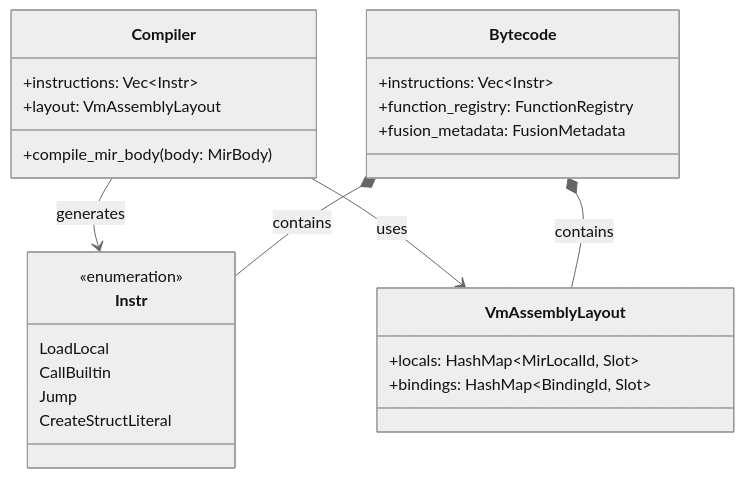
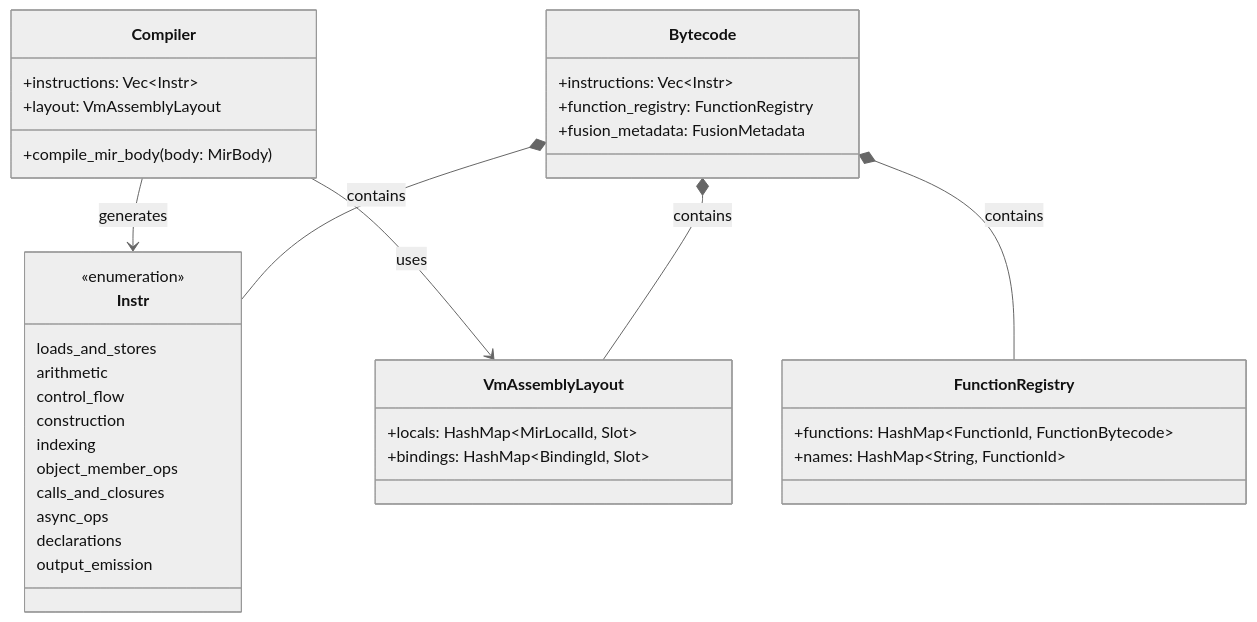
One commit to runmat-org/runmat changed the second of 2 diagrams in docs/runtime/vm/bytecode.md. Above: the diagram before and after it, drawn with Mermaid (neutral theme). The commit also changed other lines of this file and 19 other files, not shown here.

````diff
--- a/docs/runtime/vm/bytecode.md
+++ b/docs/runtime/vm/bytecode.md
@@ -83,32 +193,44 @@
 ```mermaid
 classDiagram
   class Compiler {
     +instructions: Vec~Instr~
     +layout: VmAssemblyLayout
     +compile_mir_body(body: MirBody)
   }
 
   class Bytecode {
     +instructions: Vec~Instr~
     +function_registry: FunctionRegistry
     +fusion_metadata: FusionMetadata
   }
 
   class Instr {
     <<enumeration>>
-    LoadLocal
-    CallBuiltin
-    Jump
-    CreateStructLiteral
+    loads_and_stores
+    arithmetic
+    control_flow
+    construction
+    indexing
+    object_member_ops
+    calls_and_closures
+    async_ops
+    declarations
+    output_emission
+  }
+
+  class FunctionRegistry {
+    +functions: HashMap~FunctionId, FunctionBytecode~
+    +names: HashMap~String, FunctionId~
   }
 
   class VmAssemblyLayout {
     +locals: HashMap~MirLocalId, Slot~
     +bindings: HashMap~BindingId, Slot~
   }
 
   Compiler --> Instr : generates
   Compiler --> VmAssemblyLayout : uses
   Bytecode *-- Instr : contains
+  Bytecode *-- FunctionRegistry : contains
   Bytecode *-- VmAssemblyLayout : contains
 ```
````
